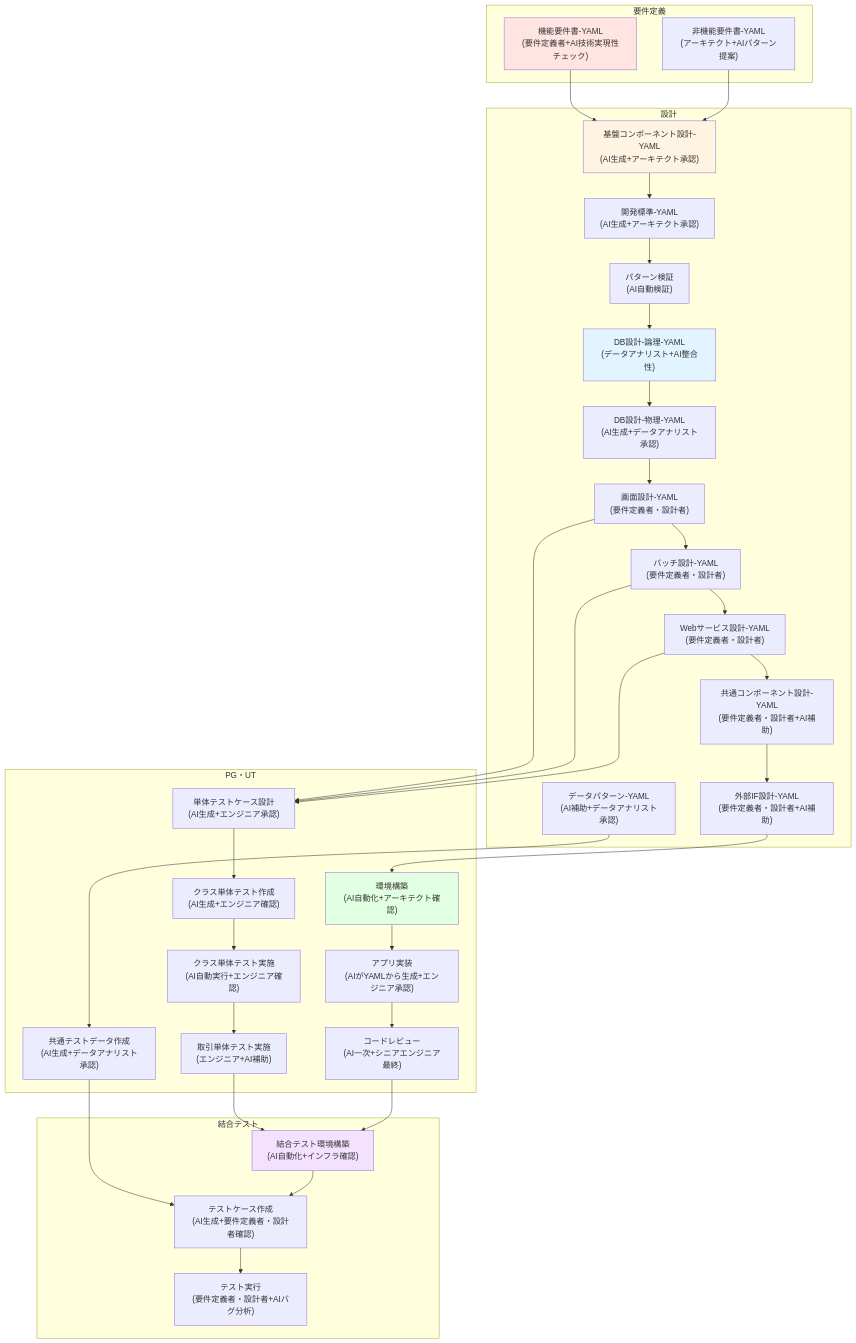
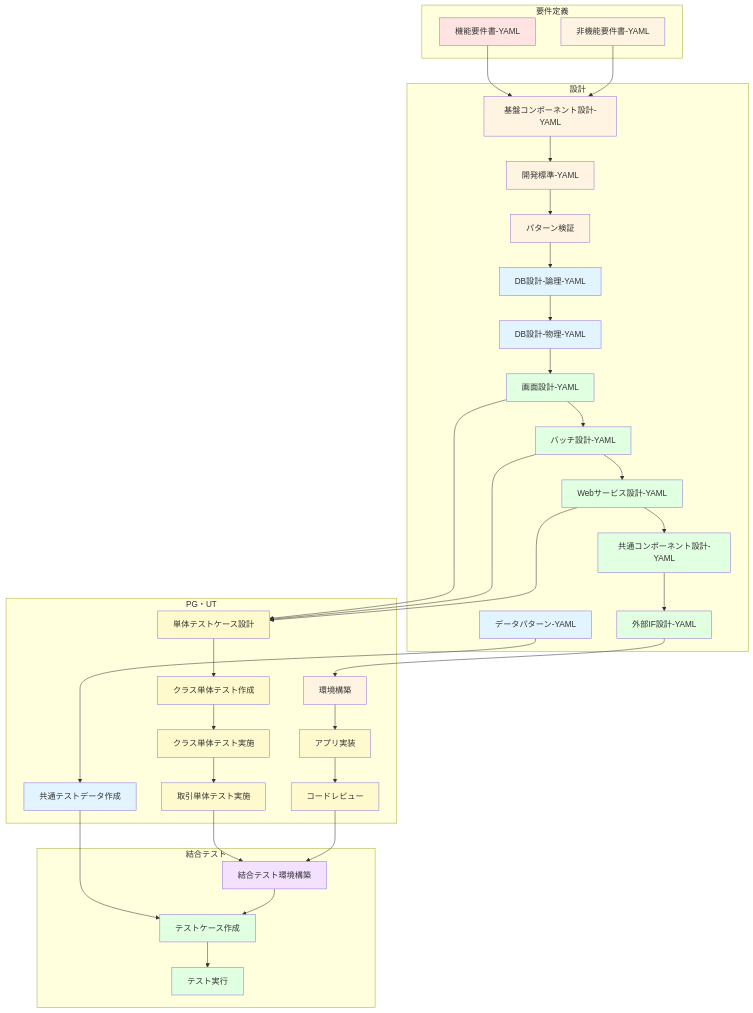
One commit to nablarch/nabledge-dev changed the second of 2 diagrams in doc/tobe-vision-development-process-ja.md. Above: the diagram before and after it, drawn with Mermaid. The commit also changed other lines of this file, not shown here.

First line of the commit message:
Add role color legend and remove inline role labels from diagrams

````diff
--- a/doc/tobe-vision-development-process-ja.md
+++ b/doc/tobe-vision-development-process-ja.md
@@ -129,39 +180,39 @@
 ```mermaid
 graph TB
     subgraph req_tobe["要件定義"]
-        A1["機能要件書-YAML<br/>(要件定義者+AI技術実現性チェック)"]
-        A2["非機能要件書-YAML<br/>(アーキテクト+AIパターン提案)"]
+        A1["機能要件書-YAML"]
+        A2["非機能要件書-YAML"]
     end
 
     subgraph design_tobe["設計"]
-        B1["基盤コンポーネント設計-YAML<br/>(AI生成+アーキテクト承認)"]
-        B2["開発標準-YAML<br/>(AI生成+アーキテクト承認)"]
-        B3["パターン検証<br/>(AI自動検証)"]
-        C1["DB設計-論理-YAML<br/>(データアナリスト+AI整合性)"]
-        C2["DB設計-物理-YAML<br/>(AI生成+データアナリスト承認)"]
-        C3["データパターン-YAML<br/>(AI補助+データアナリスト承認)"]
-        D1["画面設計-YAML<br/>(要件定義者・設計者)"]
-        D2["バッチ設計-YAML<br/>(要件定義者・設計者)"]
-        D3["Webサービス設計-YAML<br/>(要件定義者・設計者)"]
-        D4["共通コンポーネント設計-YAML<br/>(要件定義者・設計者+AI補助)"]
-        D5["外部IF設計-YAML<br/>(要件定義者・設計者+AI補助)"]
+        B1["基盤コンポーネント設計-YAML"]
+        B2["開発標準-YAML"]
+        B3["パターン検証"]
+        C1["DB設計-論理-YAML"]
+        C2["DB設計-物理-YAML"]
+        C3["データパターン-YAML"]
+        D1["画面設計-YAML"]
+        D2["バッチ設計-YAML"]
+        D3["Webサービス設計-YAML"]
+        D4["共通コンポーネント設計-YAML"]
+        D5["外部IF設計-YAML"]
     end
 
     subgraph pgut_tobe["PG・UT"]
-        E1["環境構築<br/>(AI自動化+アーキテクト確認)"]
-        E2["アプリ実装<br/>(AIがYAMLから生成+エンジニア承認)"]
-        E3["単体テストケース設計<br/>(AI生成+エンジニア承認)"]
-        E4["クラス単体テスト作成<br/>(AI生成+エンジニア確認)"]
-        E5["クラス単体テスト実施<br/>(AI自動実行+エンジニア確認)"]
-        E6["取引単体テスト実施<br/>(エンジニア+AI補助)"]
-        E7["コードレビュー<br/>(AI一次+シニアエンジニア最終)"]
-        E8["共通テストデータ作成<br/>(AI生成+データアナリスト承認)"]
+        E1["環境構築"]
+        E2["アプリ実装"]
+        E3["単体テストケース設計"]
+        E4["クラス単体テスト作成"]
+        E5["クラス単体テスト実施"]
+        E6["取引単体テスト実施"]
+        E7["コードレビュー"]
+        E8["共通テストデータ作成"]
     end
 
     subgraph it_tobe["結合テスト"]
-        F1["結合テスト環境構築<br/>(AI自動化+インフラ確認)"]
-        F2["テストケース作成<br/>(AI生成+要件定義者・設計者確認)"]
-        F3["テスト実行<br/>(要件定義者・設計者+AIバグ分析)"]
+        F1["結合テスト環境構築"]
+        F2["テストケース作成"]
+        F3["テスト実行"]
     end
 
     A1 --> B1
@@ -191,9 +242,39 @@
     F1 --> F2
     F2 --> F3
 
+    %% 要件定義者
     style A1 fill:#ffe4e1
+
+    %% アーキテクト
+    style A2 fill:#fff4e1
     style B1 fill:#fff4e1
+    style B2 fill:#fff4e1
+    style B3 fill:#fff4e1
+    style E1 fill:#fff4e1
+
+    %% データアナリスト
     style C1 fill:#e1f4ff
-    style E1 fill:#e1ffe1
+    style C2 fill:#e1f4ff
+    style C3 fill:#e1f4ff
+    style E8 fill:#e1f4ff
+
+    %% 要件定義者／設計者
+    style D1 fill:#e1ffe1
+    style D2 fill:#e1ffe1
+    style D3 fill:#e1ffe1
+    style D4 fill:#e1ffe1
+    style D5 fill:#e1ffe1
+    style F2 fill:#e1ffe1
+    style F3 fill:#e1ffe1
+
+    %% アプリケーションエンジニア
+    style E2 fill:#fffacd
+    style E3 fill:#fffacd
+    style E4 fill:#fffacd
+    style E5 fill:#fffacd
+    style E6 fill:#fffacd
+    style E7 fill:#fffacd
+
+    %% インフラ
     style F1 fill:#f4e1ff
 ```
````
